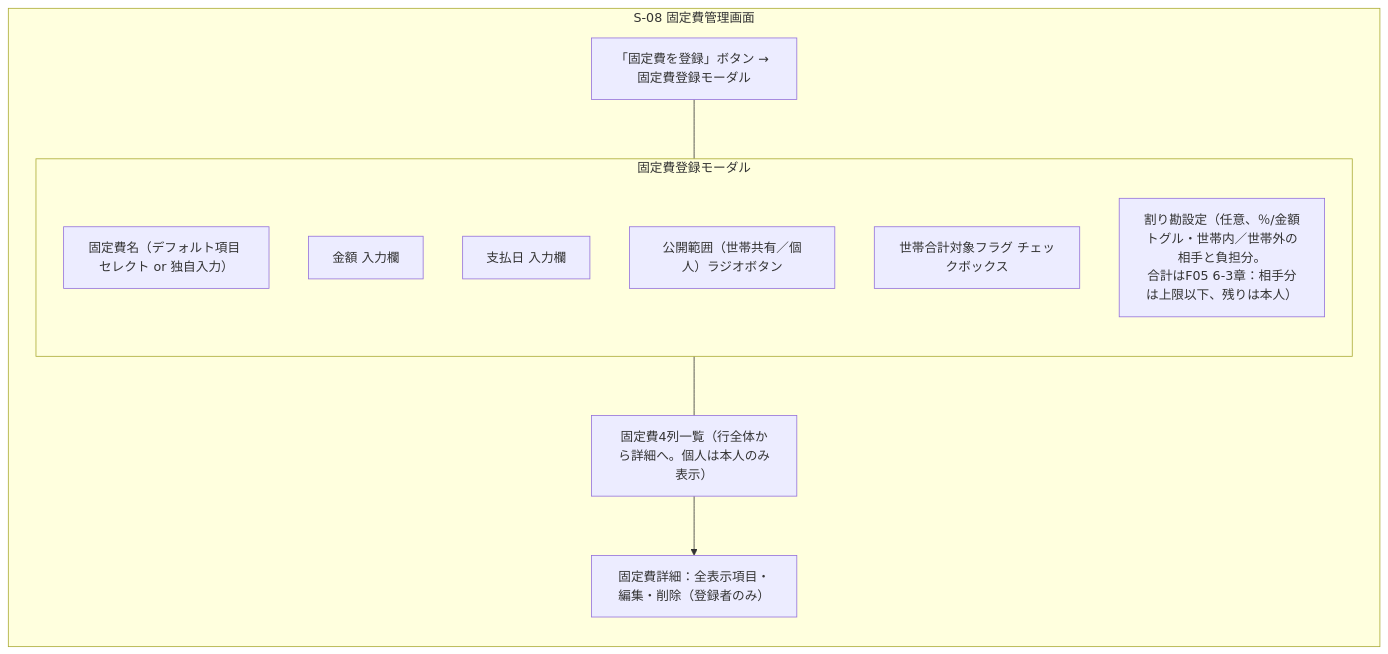
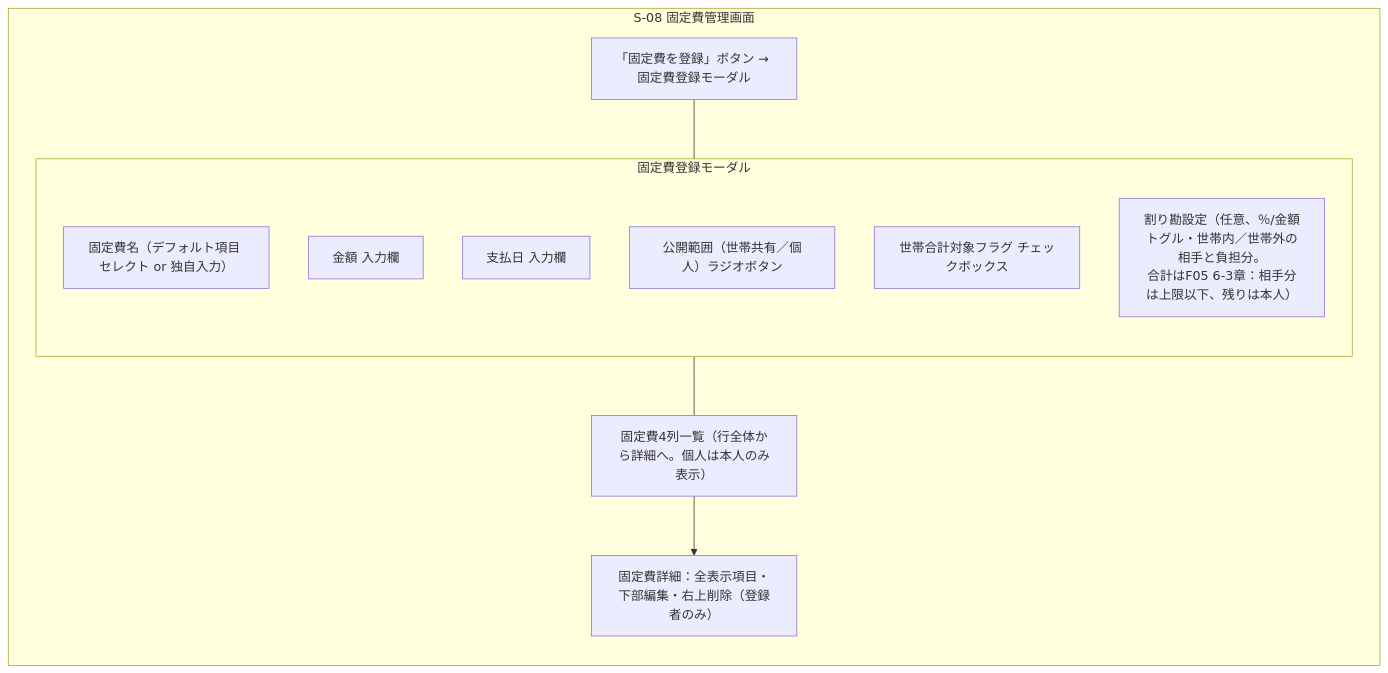
One commit to yamamotonaoki3/HomeLog changed the eighth of 16 diagrams in docs/details/wireframes.md. Above: the diagram before and after it, drawn with Mermaid. The commit also changed other lines of this file and 12 other files, not shown here.

````diff
--- a/docs/details/wireframes.md
+++ b/docs/details/wireframes.md
@@ -463,20 +466,20 @@
 ```mermaid
 flowchart TD
     subgraph Screen["S-08 固定費管理画面"]
         direction TB
         AddBtn["「固定費を登録」ボタン → 固定費登録モーダル"]
         subgraph AddModal["固定費登録モーダル"]
             direction TB
             NameSelect["固定費名（デフォルト項目 セレクト or 独自入力）"]
             Amount["金額 入力欄"]
             PayDay["支払日 入力欄"]
             Visibility["公開範囲（世帯共有／個人）ラジオボタン"]
             HouseholdFlag["世帯合計対象フラグ チェックボックス"]
             Split["割り勘設定（任意、％/金額トグル・世帯内／世帯外の相手と負担分。\n合計はF05 6-3章：相手分は上限以下、残りは本人）"]
         end
         List["固定費4列一覧（行全体から詳細へ。個人は本人のみ表示）"]
-        Detail["固定費詳細：全表示項目・編集・削除（登録者のみ）"]
+        Detail["固定費詳細：全表示項目・下部編集・右上削除（登録者のみ）"]
     end
     AddBtn --- AddModal --- List
     List --> Detail
 ```
````
